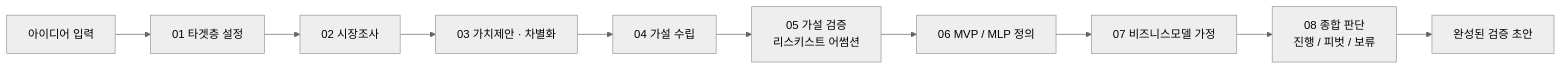
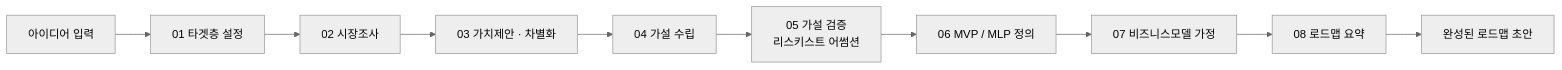
Before and after one commit to myeonnnn/idea-guide-agent: the diagram in README.md, drawn with Mermaid (neutral theme). The commit also changed other lines of this file and 12 other files, not shown here.

First line of the commit message:
refactor: redefine product as a roadmap-draft tool, not a build/no-build verdict

````diff
--- a/README.md
+++ b/README.md
@@ -47,12 +46,12 @@
 ```mermaid
 graph LR
   A["아이디어 입력"] --> S1["01 타겟층 설정"]
   S1 --> S2["02 시장조사"]
   S2 --> S3["03 가치제안 · 차별화"]
   S3 --> S4["04 가설 수립"]
   S4 --> S5["05 가설 검증<br/>리스키스트 어썸션"]
   S5 --> S6["06 MVP / MLP 정의"]
   S6 --> S7["07 비즈니스모델 가정"]
-  S7 --> S8["08 종합 판단<br/>진행 / 피벗 / 보류"]
-  S8 --> D["완성된 검증 초안"]
+  S7 --> S8["08 로드맵 요약"]
+  S8 --> D["완성된 로드맵 초안"]
 ```
````
